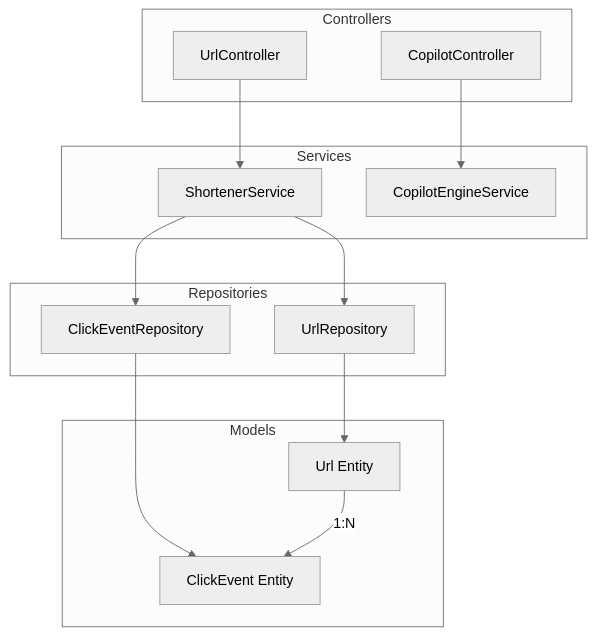
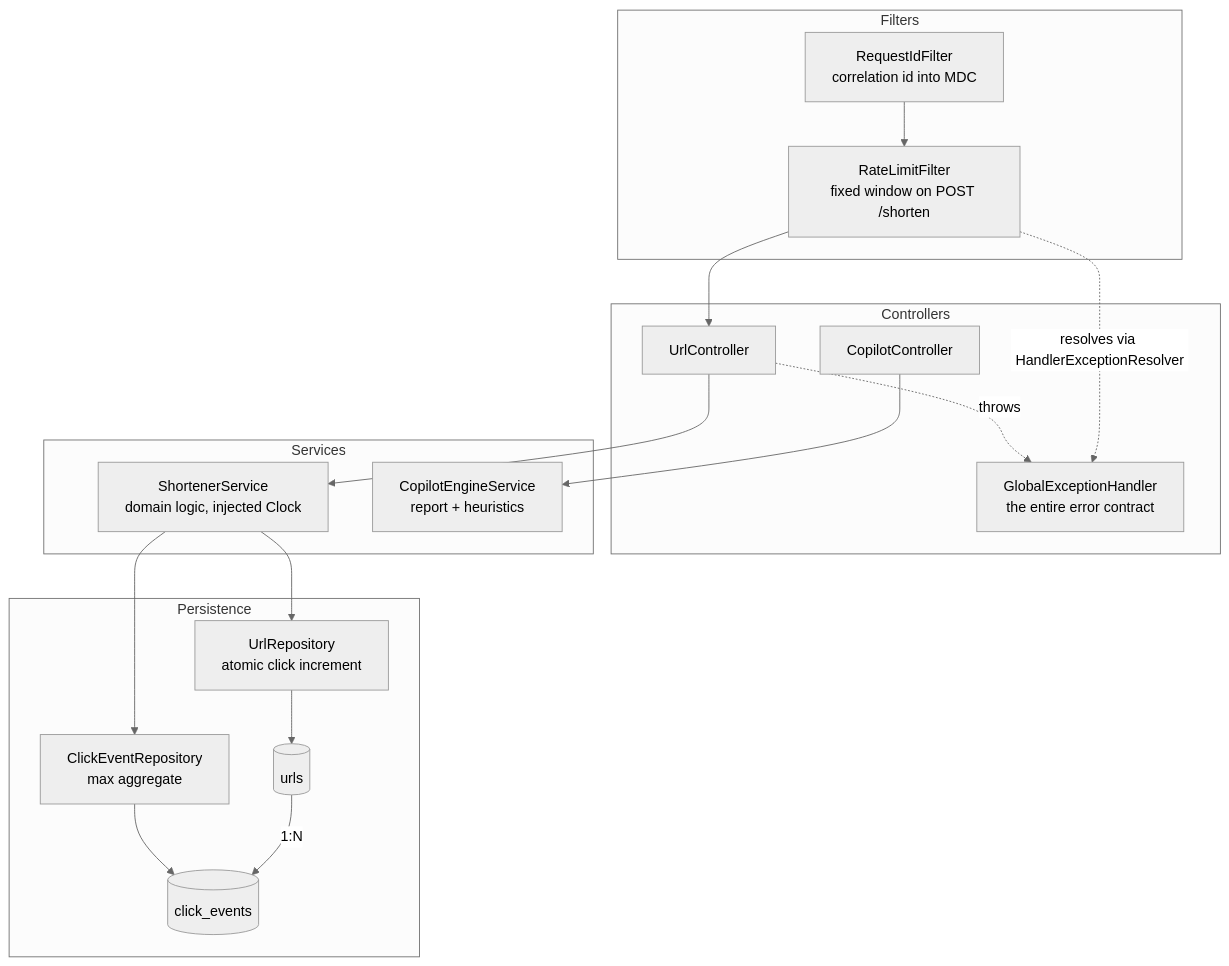
One commit to SurajSopanRokade/ai-assisted-aidlc-assignment changed the second of 4 diagrams in url-shortener-spring-boot/ARCHITECTURE.md. Above: the diagram before and after it, drawn with Mermaid (neutral theme). The commit also changed other lines of this file and 9 other files, not shown here.

````diff
--- a/url-shortener-spring-boot/ARCHITECTURE.md
+++ b/url-shortener-spring-boot/ARCHITECTURE.md
@@ -24,30 +22,36 @@
 ```mermaid
 graph TD
+    subgraph Filters
+    RID[RequestIdFilter<br/>correlation id into MDC]
+    RL[RateLimitFilter<br/>fixed window on POST /shorten]
+    end
+
     subgraph Controllers
     UC[UrlController]
     CC[CopilotController]
-    end
-    
-    subgraph Services
-    SS[ShortenerService]
-    CE[CopilotEngineService]
-    end
-    
-    subgraph Repositories
-    UR[UrlRepository]
-    CR[ClickEventRepository]
-    end
-    
-    subgraph Models
-    U[Url Entity]
-    CE_E[ClickEvent Entity]
+    GEH[GlobalExceptionHandler<br/>the entire error contract]
     end
 
+    subgraph Services
+    SS[ShortenerService<br/>domain logic, injected Clock]
+    CE[CopilotEngineService<br/>report + heuristics]
+    end
+
+    subgraph Persistence
+    UR[UrlRepository<br/>atomic click increment]
+    CR[ClickEventRepository<br/>max aggregate]
+    U[(urls)]
+    CEV[(click_events)]
+    end
+
+    RID --> RL --> UC
     UC --> SS
     CC --> CE
     SS --> UR
     SS --> CR
     UR --> U
-    CR --> CE_E
-    U -- 1:N --> CE_E
+    CR --> CEV
+    U -->|1:N| CEV
+    UC -.throws.-> GEH
+    RL -.resolves via HandlerExceptionResolver.-> GEH
 ```
````
